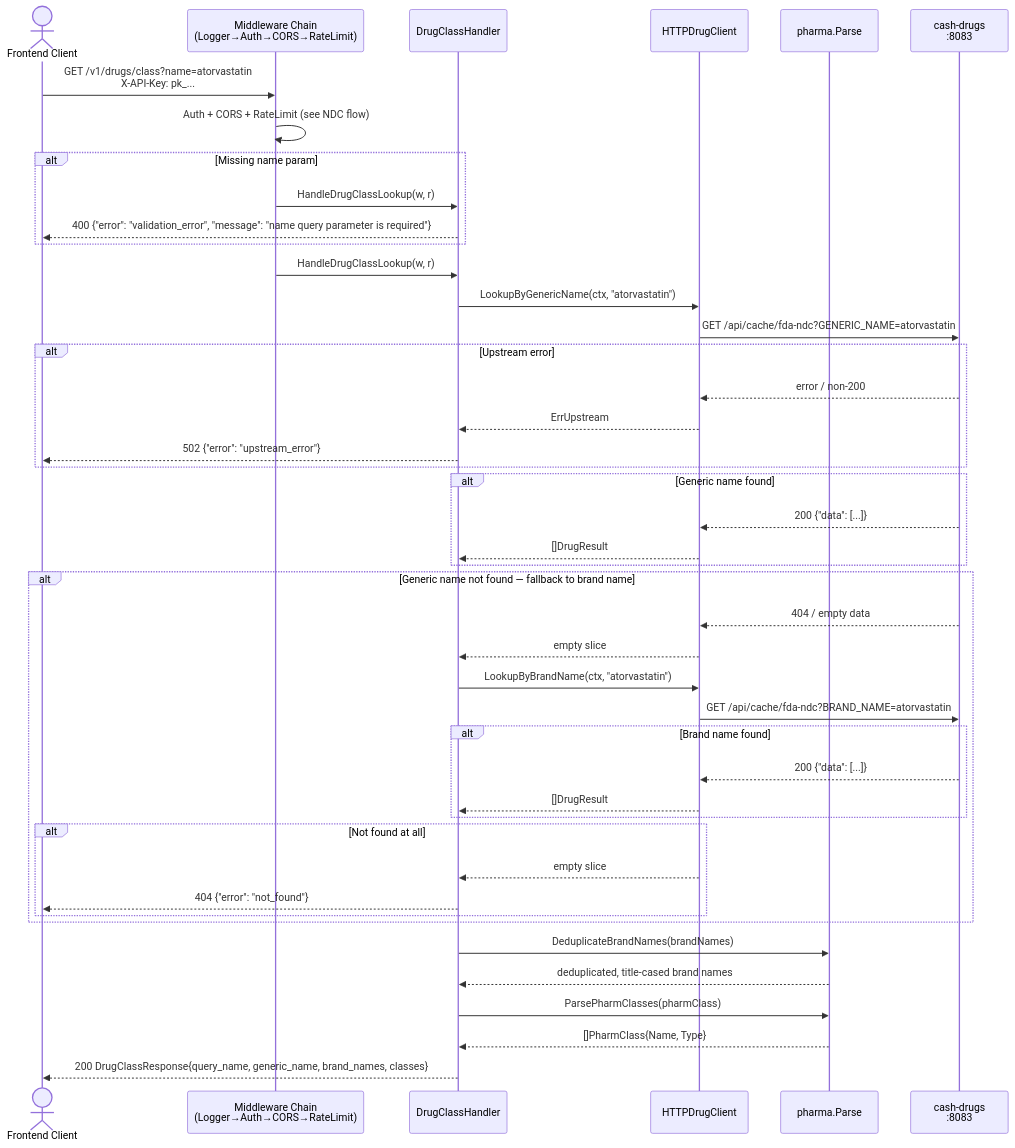
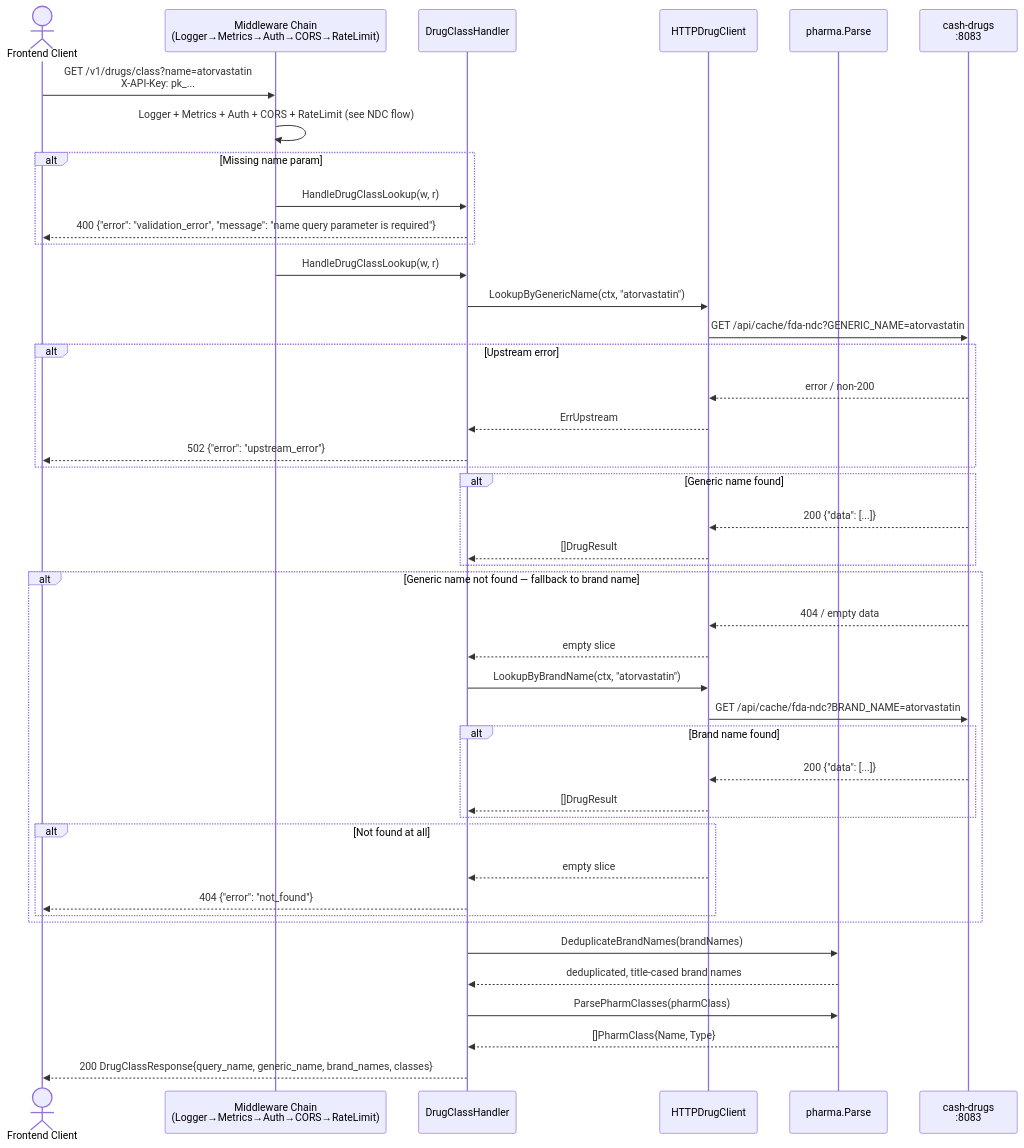
The sixth of 12 diagrams in docs/sequence-diagram.md (finish06/drug-gate), drawn with Mermaid before and after one commit. The commit also changed other lines of this file and 2 other files, not shown here.

First line of the commit message:
docs: update sequence diagrams, CLAUDE.md, and PRD for metrics

````diff
--- a/docs/sequence-diagram.md
+++ b/docs/sequence-diagram.md
@@ -150,57 +250,57 @@
 ```mermaid
 sequenceDiagram
     actor Client as Frontend Client
-    participant MW as Middleware Chain<br/>(Logger→Auth→CORS→RateLimit)
+    participant MW as Middleware Chain<br/>(Logger→Metrics→Auth→CORS→RateLimit)
     participant DCH as DrugClassHandler
     participant DC as HTTPDrugClient
     participant PH as pharma.Parse
     participant CD as cash-drugs<br/>:8083
 
     Client->>MW: GET /v1/drugs/class?name=atorvastatin<br/>X-API-Key: pk_...
-    MW->>MW: Auth + CORS + RateLimit (see NDC flow)
+    MW->>MW: Logger + Metrics + Auth + CORS + RateLimit (see NDC flow)
 
     alt Missing name param
         MW->>DCH: HandleDrugClassLookup(w, r)
         DCH-->>Client: 400 {"error": "validation_error", "message": "name query parameter is required"}
     end
 
     MW->>DCH: HandleDrugClassLookup(w, r)
 
     DCH->>DC: LookupByGenericName(ctx, "atorvastatin")
     DC->>CD: GET /api/cache/fda-ndc?GENERIC_NAME=atorvastatin
 
     alt Upstream error
         CD-->>DC: error / non-200
         DC-->>DCH: ErrUpstream
         DCH-->>Client: 502 {"error": "upstream_error"}
     end
 
     alt Generic name found
         CD-->>DC: 200 {"data": [...]}
         DC-->>DCH: []DrugResult
     end
 
     alt Generic name not found — fallback to brand name
         CD-->>DC: 404 / empty data
         DC-->>DCH: empty slice
         DCH->>DC: LookupByBrandName(ctx, "atorvastatin")
         DC->>CD: GET /api/cache/fda-ndc?BRAND_NAME=atorvastatin
 
         alt Brand name found
             CD-->>DC: 200 {"data": [...]}
             DC-->>DCH: []DrugResult
         end
 
         alt Not found at all
             DC-->>DCH: empty slice
             DCH-->>Client: 404 {"error": "not_found"}
         end
     end
 
     DCH->>PH: DeduplicateBrandNames(brandNames)
     PH-->>DCH: deduplicated, title-cased brand names
     DCH->>PH: ParsePharmClasses(pharmClass)
     PH-->>DCH: []PharmClass{Name, Type}
 
     DCH-->>Client: 200 DrugClassResponse{query_name, generic_name, brand_names, classes}
 ```
````
